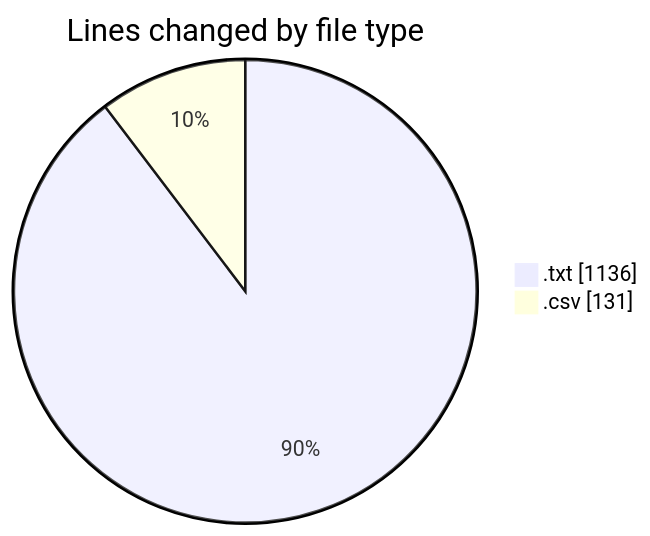
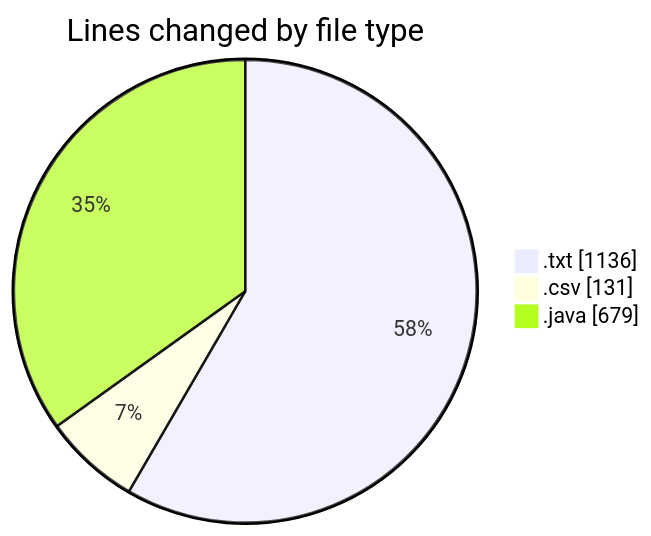
Before and after one commit to ricardozamudiocil/code-tracking: the first of 2 diagrams in 2026-11-05/cilapp/README.md, drawn with Mermaid. The commit also changed other lines of this file and 1 other file, not shown here.

````diff
--- a/2026-11-05/cilapp/README.md
+++ b/2026-11-05/cilapp/README.md
@@ -21,6 +23,7 @@
 ```mermaid
 pie showData
 title Lines changed by file type
 ".txt" : 1136
 ".csv" : 131
+".java" : 679
 ```
````
